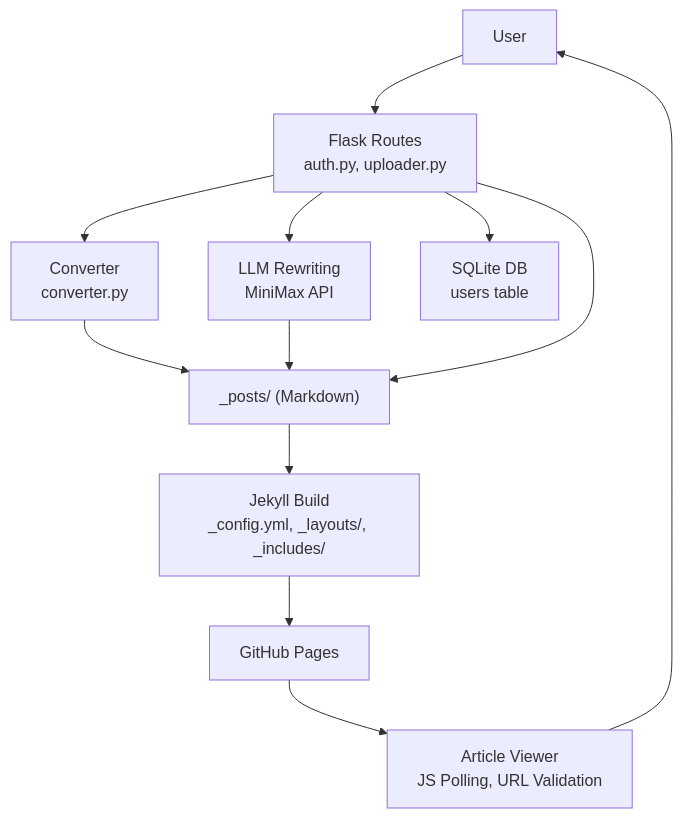
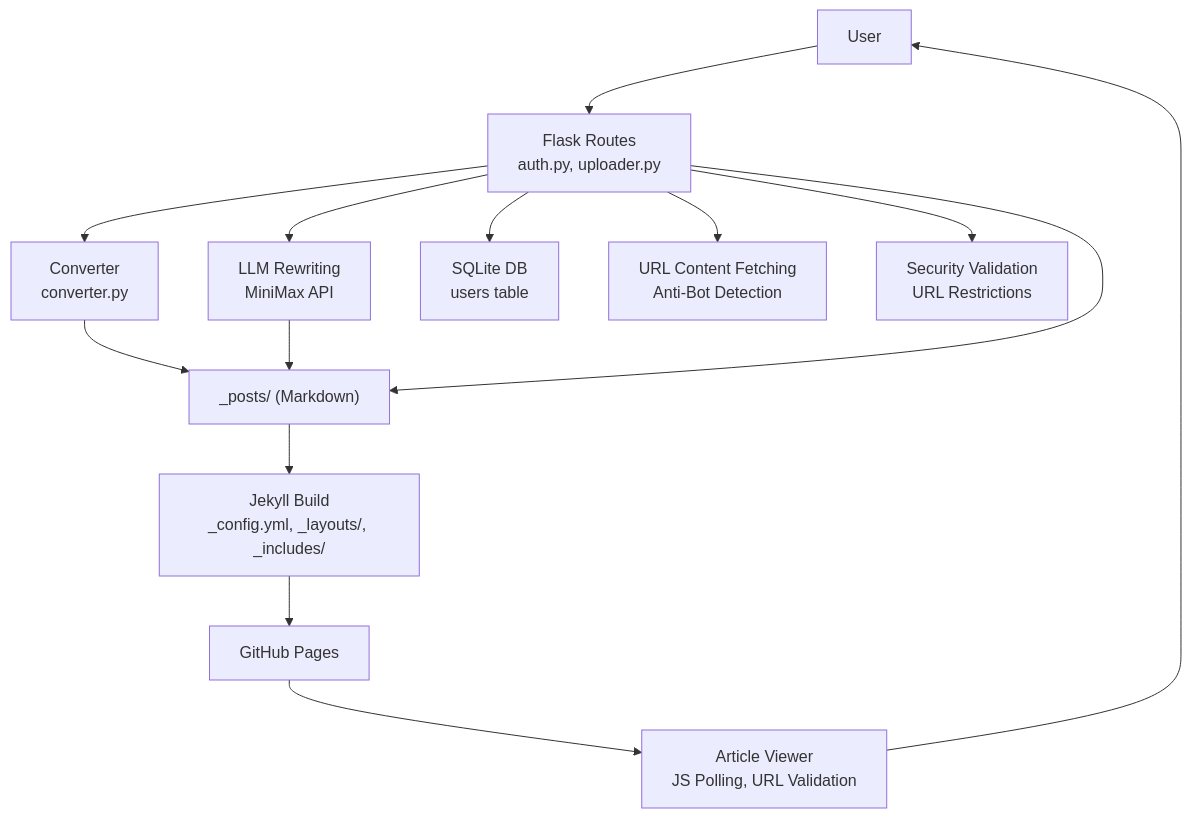
The second of 17 diagrams in .qoder/repowiki/en/content/Frontend Application/Article Presentation System/Article Presentation System.md (PolarisW007/PolaZhenJing), drawn with Mermaid before and after one commit. The commit also changed other lines of this file and 333 other files, not shown here.

````diff
--- a/.qoder/repowiki/en/content/Frontend Application/Article Presentation System/Article Presentation System.md
+++ b/.qoder/repowiki/en/content/Frontend Application/Article Presentation System/Article Presentation System.md
@@ -173,23 +182,27 @@
 ```mermaid
 graph TB
 U["User"]
 FL["Flask Routes<br/>auth.py, uploader.py"]
 CV["Converter<br/>converter.py"]
 LLM["LLM Rewriting<br/>MiniMax API"]
 DB["SQLite DB<br/>users table"]
 FS["_posts/ (Markdown)"]
 JE["Jekyll Build<br/>_config.yml, _layouts/, _includes/"]
 GH["GitHub Pages"]
 AV["Article Viewer<br/>JS Polling, URL Validation"]
+URL["URL Content Fetching<br/>Anti-Bot Detection"]
+SEC["Security Validation<br/>URL Restrictions"]
 U --> FL
 FL --> DB
 FL --> CV
 FL --> LLM
+FL --> URL
+FL --> SEC
 CV --> FS
 LLM --> FS
 FL --> FS
 FS --> JE
 JE --> GH
 GH --> AV
 AV --> U
 ```
````
